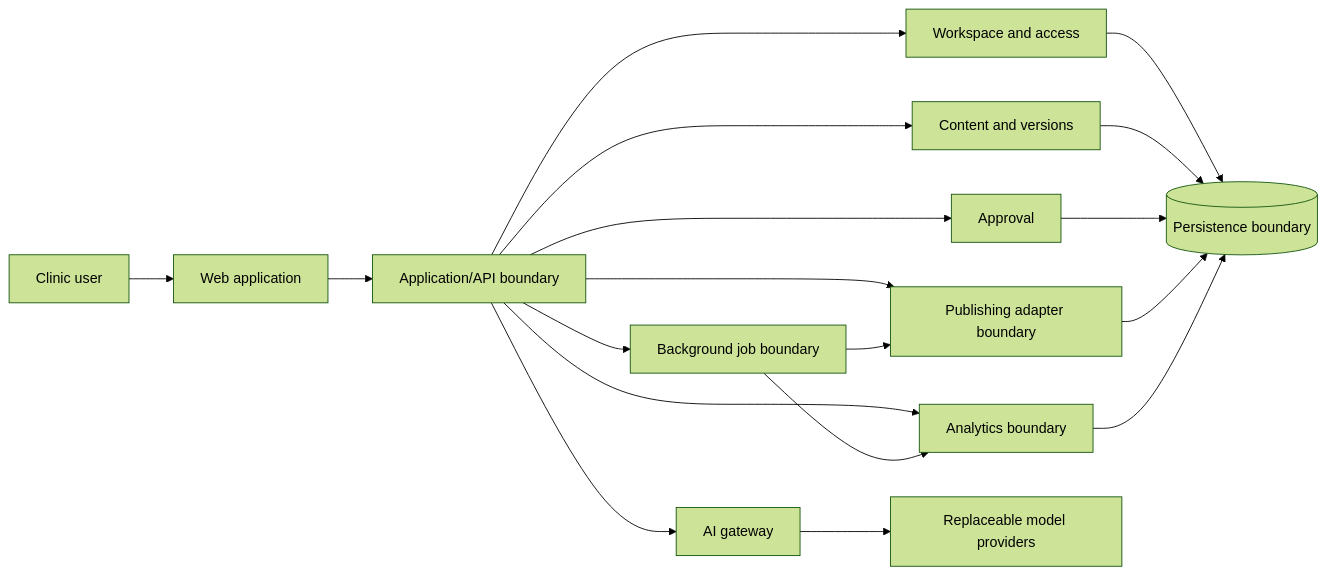
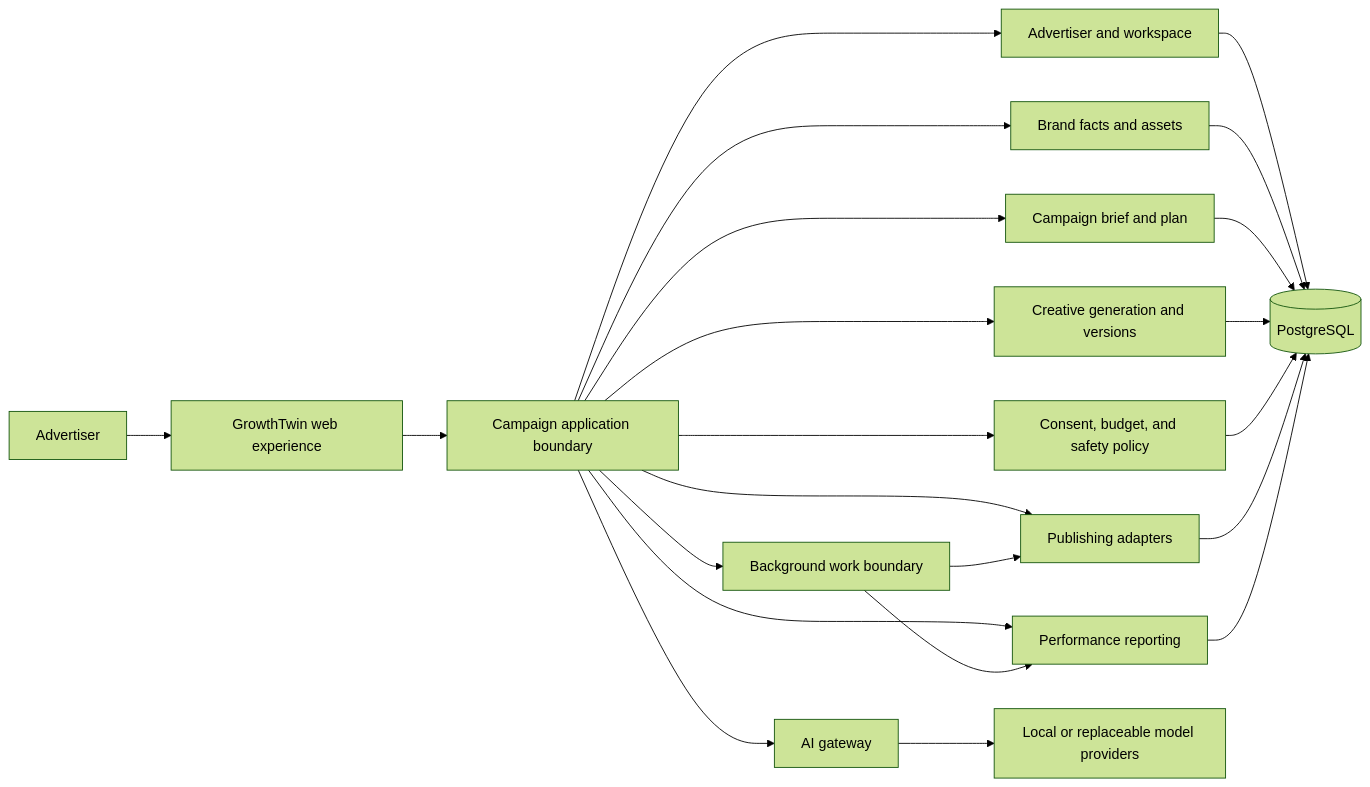
The diagram in ARCHITECTURE.md (ugurkbcgl-hub/growthtwin), drawn with Mermaid (forest theme) before and after one commit. The commit also changed other lines of this file and 15 other files, not shown here.

First line of the commit message:
docs: refocus GrowthTwin on ad automation website (#20)

````diff
--- a/ARCHITECTURE.md
+++ b/ARCHITECTURE.md
@@ -15,20 +17,24 @@
 ```mermaid
 flowchart LR
-  User[Clinic user] --> Web[Web application]
-  Web --> App[Application/API boundary]
-  App --> Workspace[Workspace and access]
-  App --> Content[Content and versions]
-  App --> Approval[Approval]
+  Advertiser[Advertiser] --> Web[GrowthTwin web experience]
+  Web --> App[Campaign application boundary]
+  App --> Identity[Advertiser and workspace]
+  App --> Brand[Brand facts and assets]
+  App --> Brief[Campaign brief and plan]
+  App --> Creative[Creative generation and versions]
+  App --> Policy[Consent, budget, and safety policy]
   App --> AI[AI gateway]
-  App --> Publish[Publishing adapter boundary]
-  App --> Analytics[Analytics boundary]
-  App --> Jobs[Background job boundary]
-  Workspace --> Store[(Persistence boundary)]
-  Content --> Store
-  Approval --> Store
+  App --> Publish[Publishing adapters]
+  App --> Report[Performance reporting]
+  App --> Jobs[Background work boundary]
+  Identity --> Store[(PostgreSQL)]
+  Brand --> Store
+  Brief --> Store
+  Creative --> Store
+  Policy --> Store
   Publish --> Store
-  Analytics --> Store
-  AI --> Providers[Replaceable model providers]
+  Report --> Store
+  AI --> Providers[Local or replaceable model providers]
   Jobs --> Publish
-  Jobs --> Analytics
+  Jobs --> Report
 ```
````
